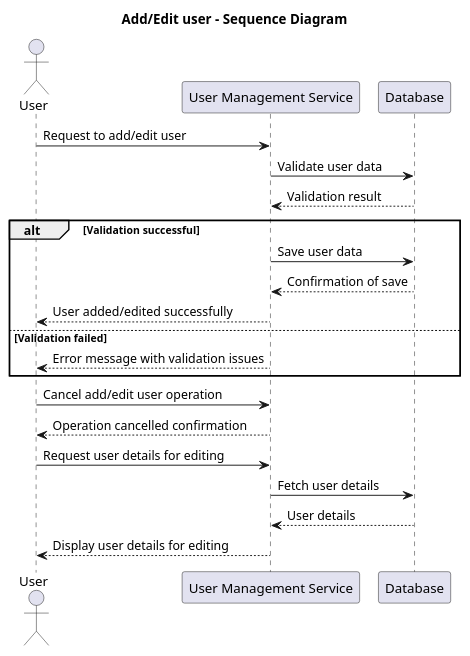
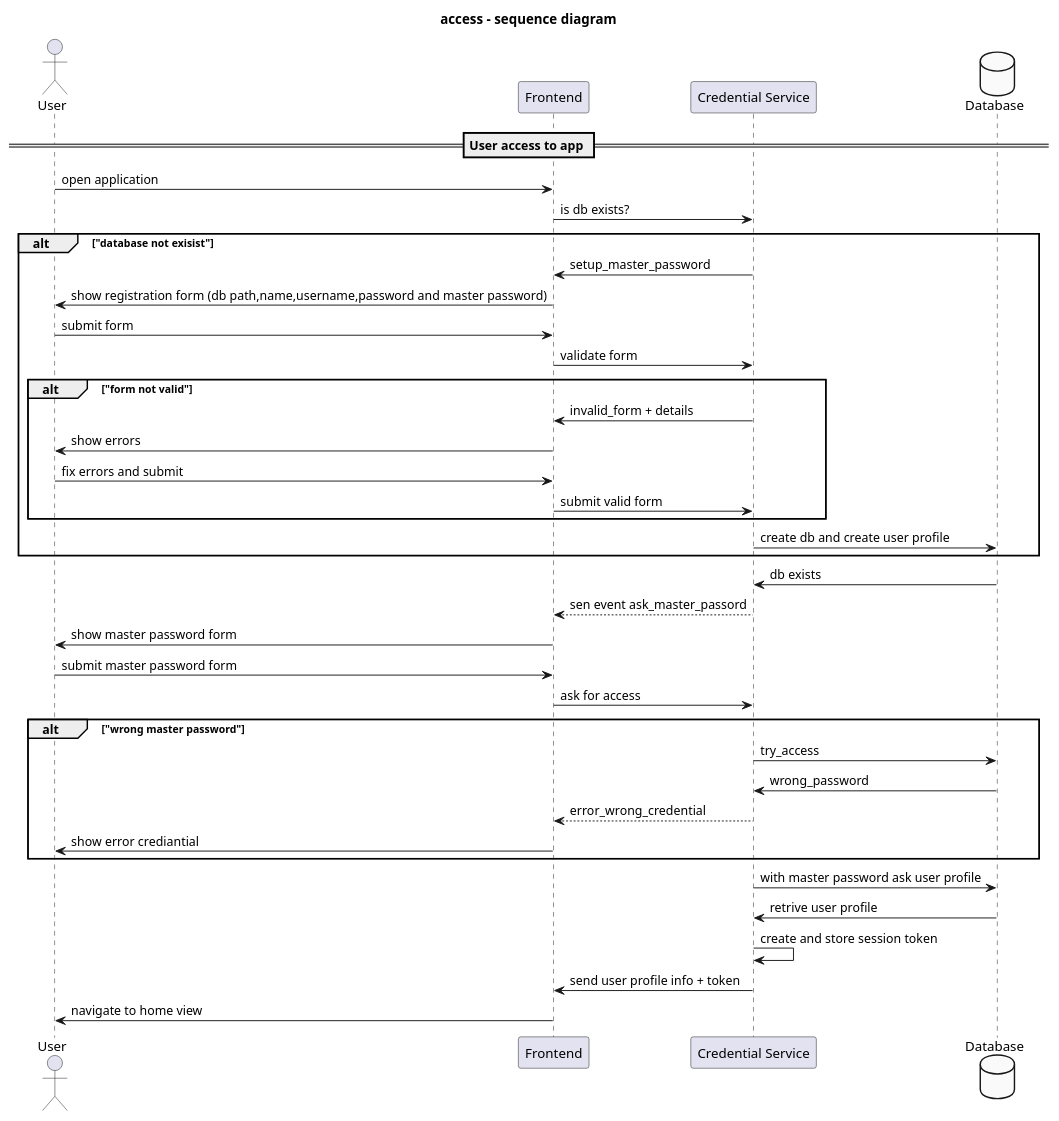
Before and after one commit to lucianogrippa/grippaweb-note-keeper: the diagram in docs/diagrams/sequence-diagram.puml, drawn with PlantUML. The commit also changed 78 other files, not shown here.

```diff
--- a/docs/diagrams/sequence-diagram.puml
+++ b/docs/diagrams/sequence-diagram.puml
@@ -1,32 +1,79 @@
 @startuml
+title access - sequence diagram
 
-title Add/Edit user - Sequence Diagram 
+actor "User" as user
 
-actor "User" as admin
-participant "User Management Service" as ums
-participant "Database" as db
+participant "Frontend" as frontend
 
-' scenario: Admin adds or edits a user '
-admin -> ums: Request to add/edit user
-ums -> db: Validate user data
-db --> ums: Validation result
-alt Validation successful
-    ums -> db: Save user data
-    db --> ums: Confirmation of save
-    ums --> admin: User added/edited successfully
-else Validation failed
-    ums --> admin: Error message with validation issues
+participant "Credential Service" as credentialService
+
+database "Database" as db #fafafa
+
+== User access to app ==
+
+user -> frontend: open application
+
+frontend -> credentialService: is db exists?
+
+alt "database not exisist" 
+
+credentialService -> frontend: setup_master_password
+
+frontend -> user: show registration form (db path,name,username,password and master password)
+
+user -> frontend: submit form
+
+frontend -> credentialService: validate form
+
+alt "form not valid"
+
+credentialService -> frontend: invalid_form + details
+
+frontend -> user: show errors
+
+user -> frontend: fix errors and submit
+
+frontend -> credentialService: submit valid form 
+
 end
 
-' scenario: Admin cancels the operation '
-admin -> ums: Cancel add/edit user operation
-ums --> admin: Operation cancelled confirmation
+credentialService -> db: create db and create user profile
 
-' scenario: Admin requests user details for editing ' 
-admin -> ums: Request user details for editing
-ums -> db: Fetch user details
-db --> ums: User details
-ums --> admin: Display user details for editing
+end
+
+db -> credentialService: db exists
+
+credentialService --> frontend: sen event ask_master_passord
+
+frontend -> user: show master password form
+
+user -> frontend: submit master password form
+
+frontend -> credentialService: ask for access
+
+alt "wrong master password"
+
+credentialService -> db: try_access
+
+db -> credentialService: wrong_password
+
+credentialService --> frontend: error_wrong_credential
+
+frontend -> user: show error crediantial
+
+end
+
+credentialService -> db: with master password ask user profile
+
+db -> credentialService: retrive user profile
+
+
+
+credentialService -> credentialService: create and store session token
+
+credentialService -> frontend:  send user profile info + token
+
+frontend -> user: navigate to home view
 
 
 @enduml
```
